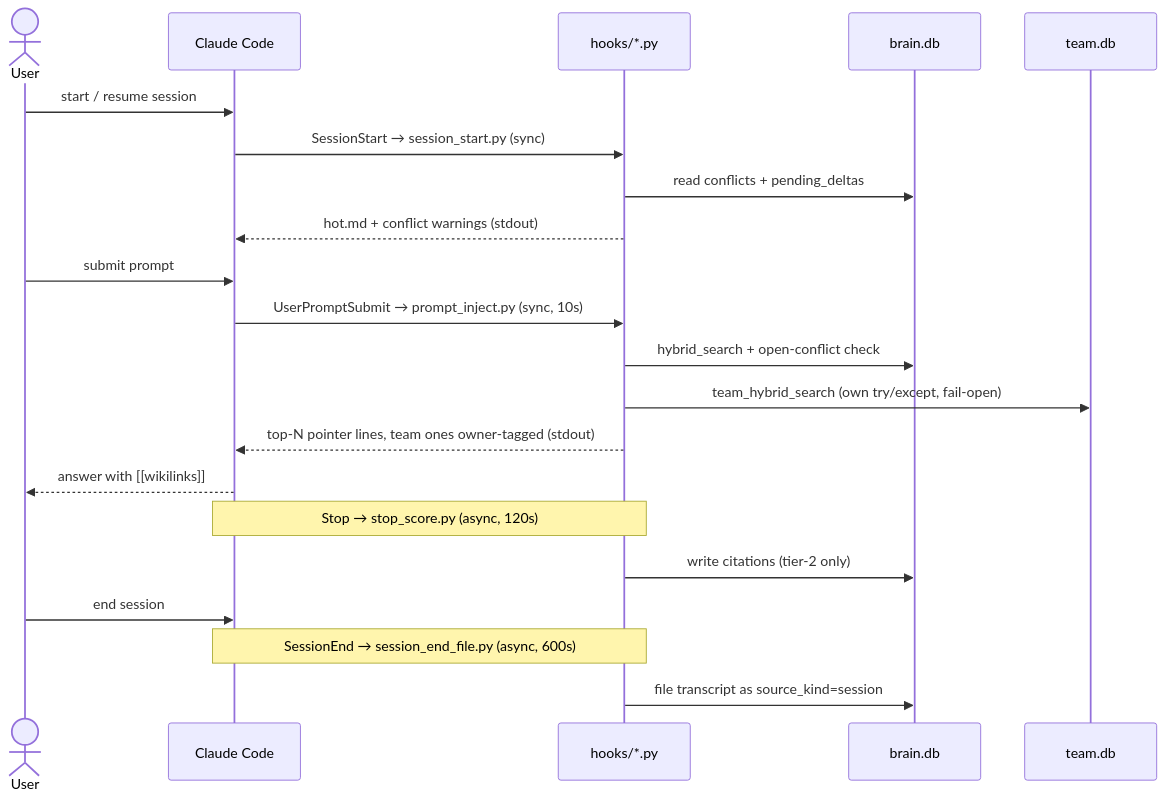
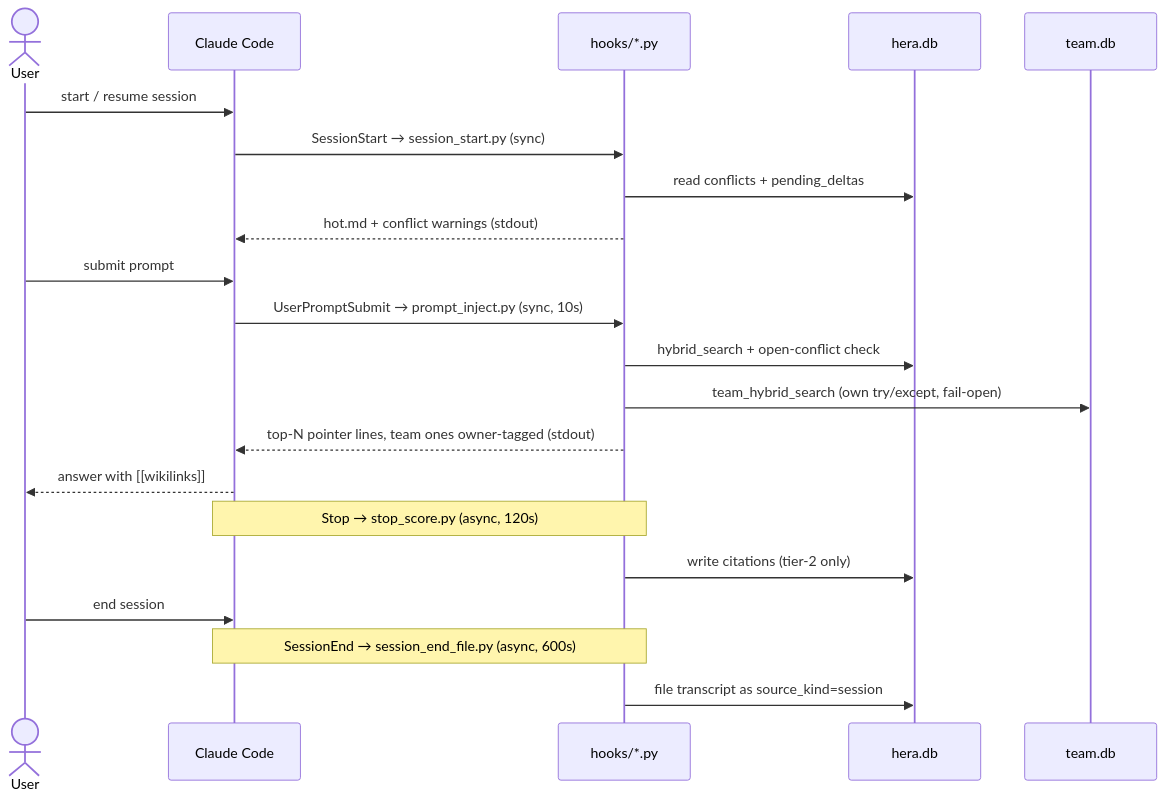
The first of 2 diagrams in docs/HOOKS.md (randyren278/hera), drawn with Mermaid before and after one commit. The commit also changed other lines of this file and 125 other files, not shown here.

First line of the commit message:
refactor: rename everything brain -> hera

````diff
--- a/docs/HOOKS.md
+++ b/docs/HOOKS.md
@@ -26,23 +26,23 @@
 ```mermaid
 sequenceDiagram
   actor U as User
   participant CC as Claude Code
   participant H as hooks/*.py
-  participant DB as brain.db
+  participant DB as hera.db
   participant TDB as team.db
   U->>CC: start / resume session
   CC->>H: SessionStart → session_start.py (sync)
   H->>DB: read conflicts + pending_deltas
   H-->>CC: hot.md + conflict warnings (stdout)
   U->>CC: submit prompt
   CC->>H: UserPromptSubmit → prompt_inject.py (sync, 10s)
   H->>DB: hybrid_search + open-conflict check
   H->>TDB: team_hybrid_search (own try/except, fail-open)
   H-->>CC: top-N pointer lines, team ones owner-tagged (stdout)
   CC-->>U: answer with [[wikilinks]]
   Note over CC,H: Stop → stop_score.py (async, 120s)
   H->>DB: write citations (tier-2 only)
   U->>CC: end session
   Note over CC,H: SessionEnd → session_end_file.py (async, 600s)
   H->>DB: file transcript as source_kind=session
 ```
````
